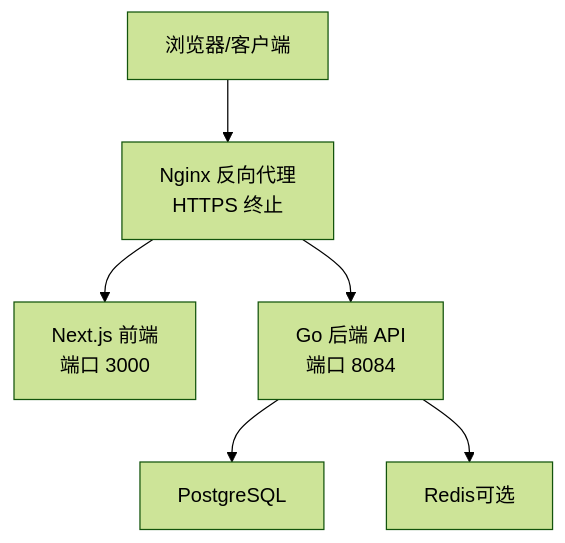
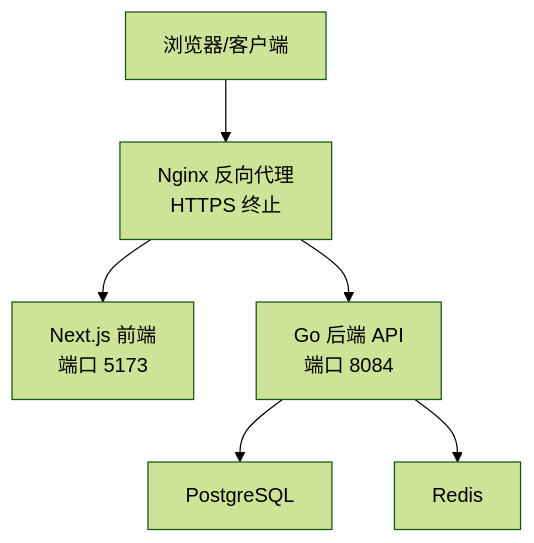
One commit to alvinwangzi/goodhr changed the first of 8 diagrams in .qoder/repowiki/zh/content/部署指南/部署指南.md. Above: the diagram before and after it, drawn with Mermaid (forest theme). The commit also changed other lines of this file and 91 other files, not shown here.

````diff
--- a/.qoder/repowiki/zh/content/部署指南/部署指南.md
+++ b/.qoder/repowiki/zh/content/部署指南/部署指南.md
@@ -36,8 +51,8 @@
 ```mermaid
 graph TB
 Client["浏览器/客户端"] --> Nginx["Nginx 反向代理<br/>HTTPS 终止"]
-Nginx --> FE["Next.js 前端<br/>端口 3000"]
+Nginx --> FE["Next.js 前端<br/>端口 5173"]
 Nginx --> BE["Go 后端 API<br/>端口 8084"]
 BE --> DB["PostgreSQL"]
-BE --> Cache["Redis可选"]
+BE --> Cache["Redis"]
 ```
````
